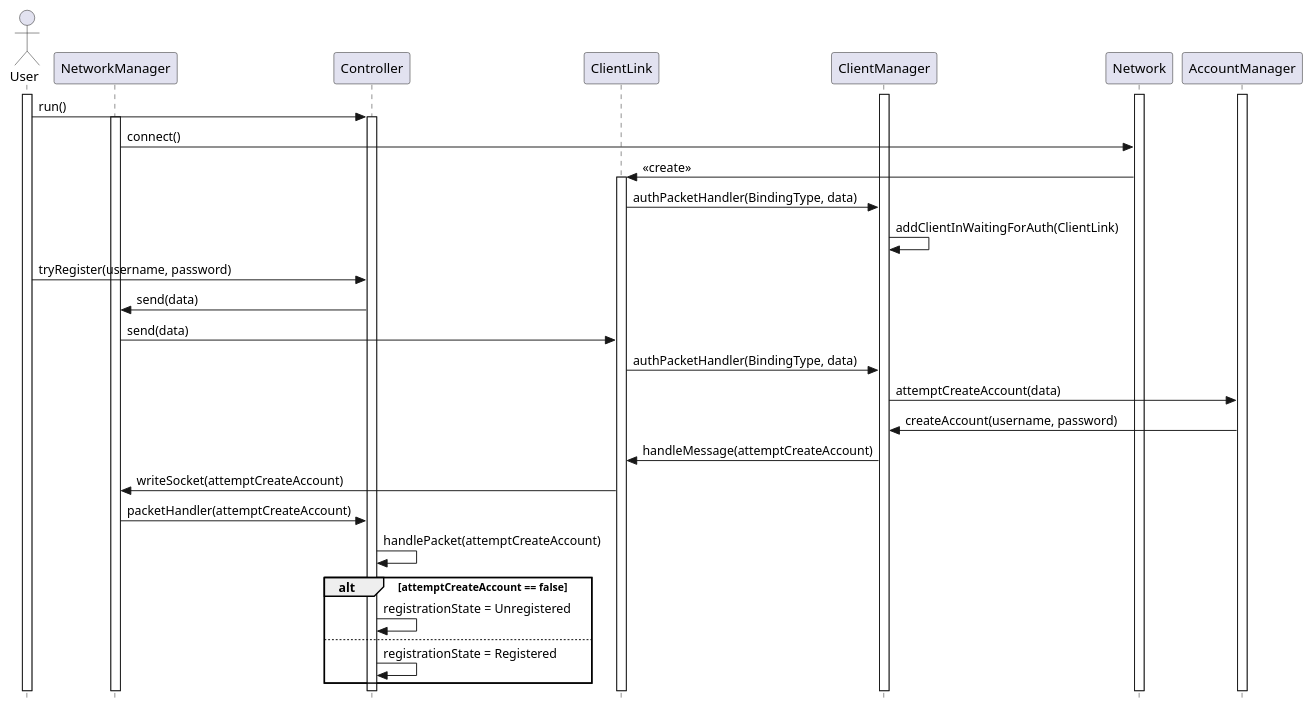
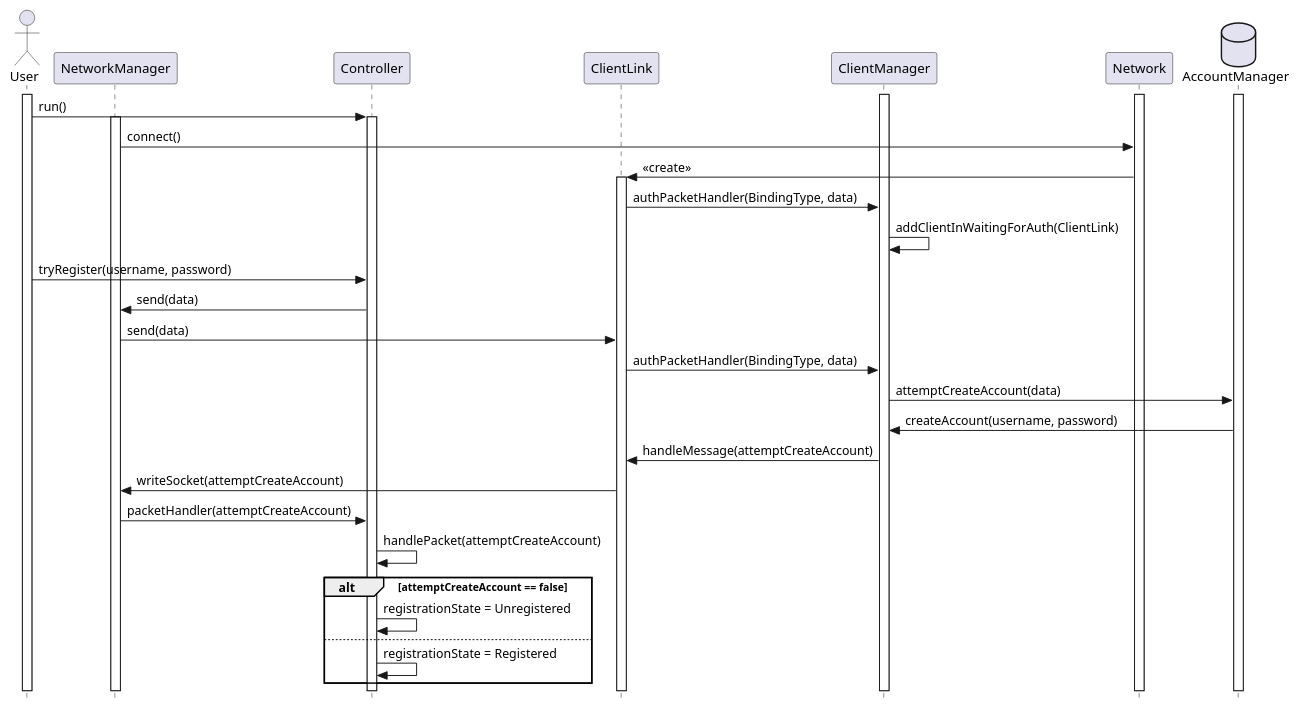
The diagram in doc/uml/sequence/InscriptionSequence.plantuml (ulb-info2-group5/Royal-Blocks), drawn with PlantUML before and after one commit. The commit also changed 74 other files, not shown here.

```diff
--- a/doc/uml/sequence/InscriptionSequence.plantuml
+++ b/doc/uml/sequence/InscriptionSequence.plantuml
@@ -1,40 +1,40 @@
 @startuml InscriptionSequence
 
 skinparam style strictuml
 actor User
 participant NetworkManager
 participant Controller
 participant ClientLink
 participant ClientManager
 participant Network
-participant AccountManager
+database AccountManager
 
 activate AccountManager
 activate Network
 activate ClientManager
 activate User
 User -> Controller : run()
 activate Controller
 activate NetworkManager
 NetworkManager -> Network : connect()
 Network -> ClientLink : <<create>> 
 activate ClientLink
 ClientLink -> ClientManager : authPacketHandler(BindingType, data)
 ClientManager -> ClientManager : addClientInWaitingForAuth(ClientLink)
 
 User -> Controller : tryRegister(username, password)
 Controller -> NetworkManager : send(data)
 NetworkManager -> ClientLink : send(data)
 ClientLink -> ClientManager : authPacketHandler(BindingType, data)
 ClientManager -> AccountManager: attemptCreateAccount(data)
 AccountManager -> ClientManager : createAccount(username, password)
 ClientManager -> ClientLink : handleMessage(attemptCreateAccount)
 ClientLink -> NetworkManager : writeSocket(attemptCreateAccount)
 NetworkManager -> Controller : packetHandler(attemptCreateAccount)
 Controller -> Controller : handlePacket(attemptCreateAccount)
 alt attemptCreateAccount == false
     Controller -> Controller : registrationState = Unregistered
 else 
     Controller -> Controller : registrationState = Registered
 end 
 @enduml
```
